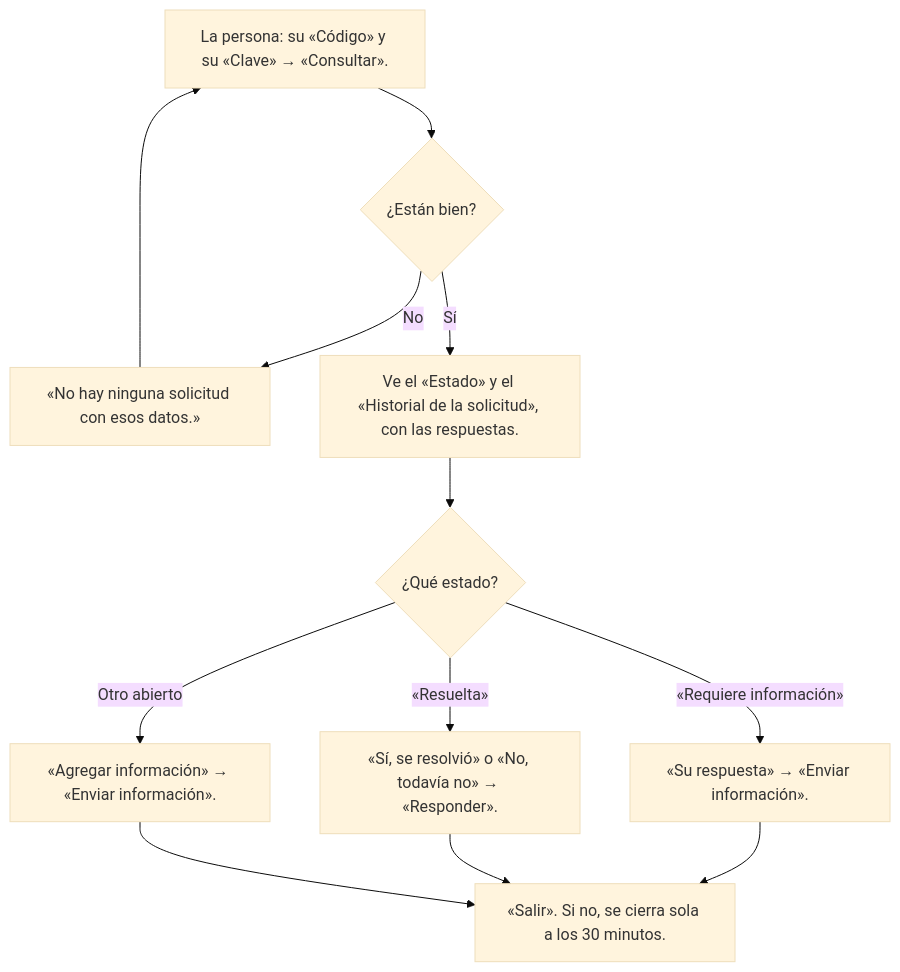
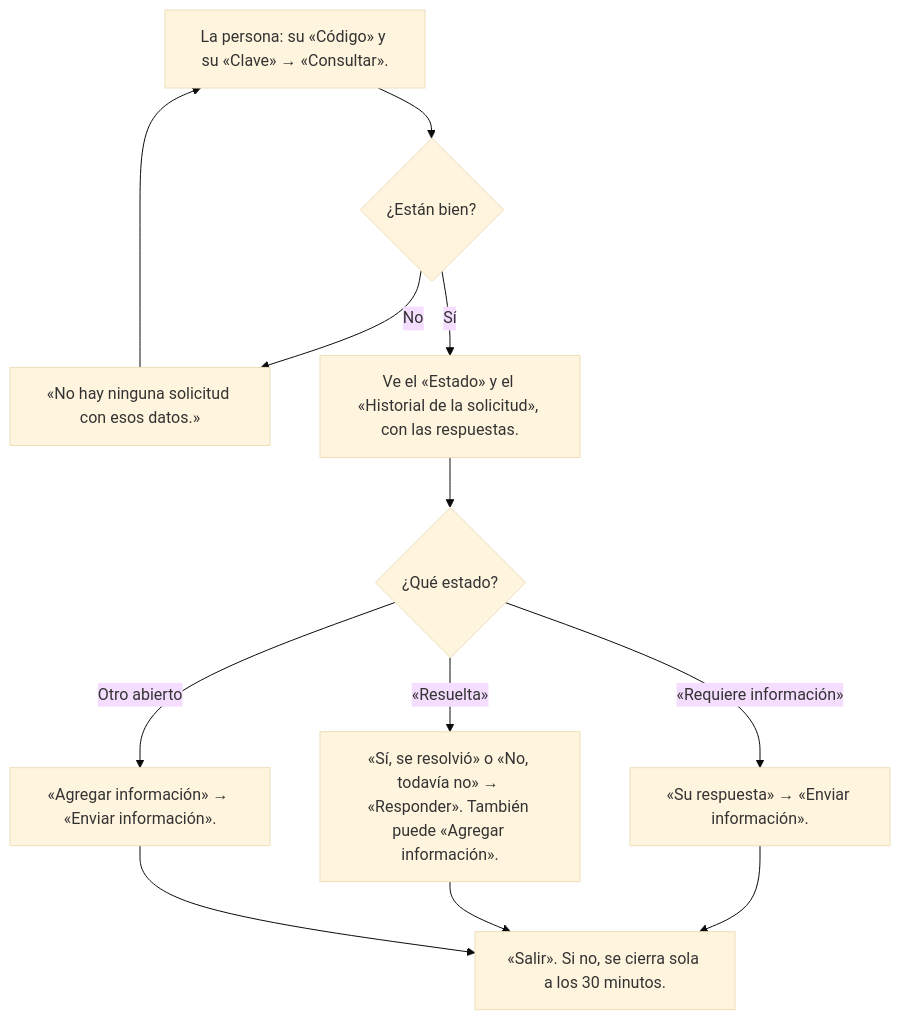
One commit to fbvenezuela/Gestionapp changed the second of 18 diagrams in app-freddy-bernal/docs/FLUJOS-WEB.md. Above: the diagram before and after it, drawn with Mermaid (base theme). The commit also changed other lines of this file and 3 other files, not shown here.

````diff
--- a/app-freddy-bernal/docs/FLUJOS-WEB.md
+++ b/app-freddy-bernal/docs/FLUJOS-WEB.md
@@ -59,16 +59,16 @@
 ```mermaid
 flowchart TD
   consulta_entra["La persona: su «Código» y su «Clave» → «Consultar»."]
   consulta_entra --> consulta_bien_q{"¿Están bien?"}
   consulta_bien_q -- No --> consulta_no["«No hay ninguna solicitud con esos datos.»"]
   consulta_no --> consulta_entra
   consulta_bien_q -- Sí --> consulta_ve["Ve el «Estado» y el «Historial de la solicitud», con las respuestas."]
   consulta_ve --> consulta_estado_q{"¿Qué estado?"}
   consulta_estado_q -- «Requiere información» --> consulta_info["«Su respuesta» → «Enviar información»."]
-  consulta_estado_q -- «Resuelta» --> consulta_res["«Sí, se resolvió» o «No, todavía no» → «Responder»."]
+  consulta_estado_q -- «Resuelta» --> consulta_res["«Sí, se resolvió» o «No, todavía no» → «Responder». También puede «Agregar información»."]
   consulta_estado_q -- Otro abierto --> consulta_mas["«Agregar información» → «Enviar información»."]
   consulta_info --> consulta_sale
   consulta_res --> consulta_sale
   consulta_mas --> consulta_sale
   consulta_sale["«Salir». Si no, se cierra sola a los 30 minutos."]
 ```
````
